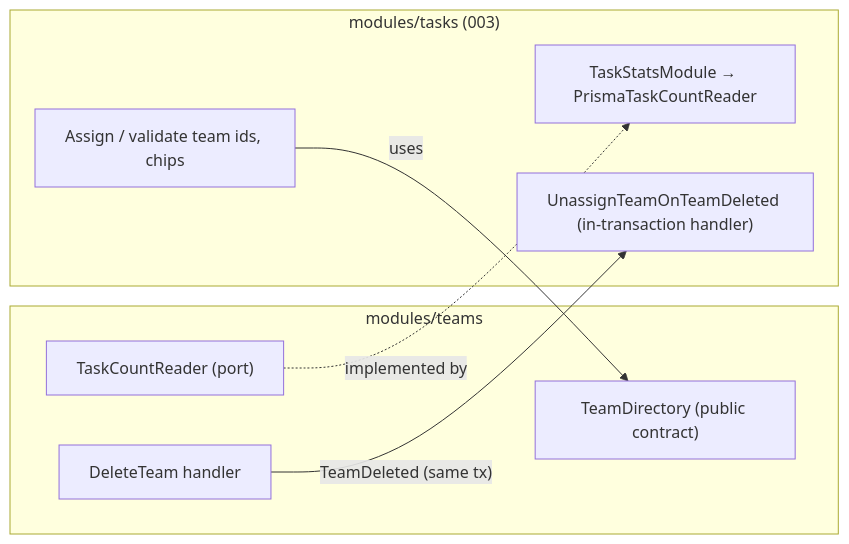
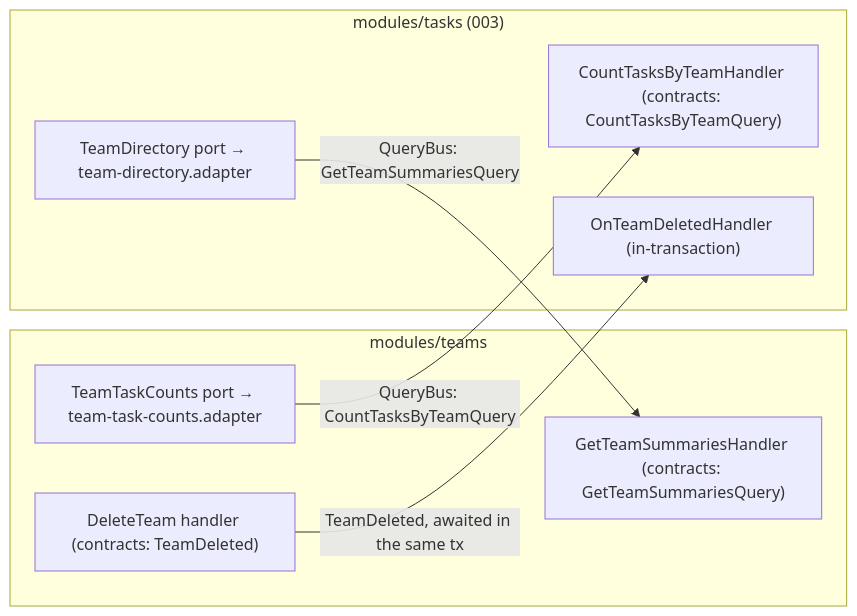
The first of 2 diagrams in docs/specs/002-teams/plan.md (rodriguesdenis/hitss), drawn with Mermaid before and after one commit. The commit also changed other lines of this file and 3 other files, not shown here.

First line of the commit message:
docs: refine architecture after cross-review

````diff
--- a/docs/specs/002-teams/plan.md
+++ b/docs/specs/002-teams/plan.md
@@ -115,16 +129,16 @@
 ```mermaid
 flowchart LR
   subgraph Teams["modules/teams"]
-    TD["TeamDirectory (public contract)"]
-    TCR["TaskCountReader (port)"]
-    DEL["DeleteTeam handler"]
+    GTS["GetTeamSummariesHandler (contracts: GetTeamSummariesQuery)"]
+    TTC["TeamTaskCounts port → team-task-counts.adapter"]
+    DEL["DeleteTeam handler (contracts: TeamDeleted)"]
   end
   subgraph Tasks["modules/tasks (003)"]
-    UseTD["Assign / validate team ids, chips"]
-    Stats["TaskStatsModule → PrismaTaskCountReader"]
-    Unassign["UnassignTeamOnTeamDeleted (in-transaction handler)"]
+    TD["TeamDirectory port → team-directory.adapter"]
+    CNT["CountTasksByTeamHandler (contracts: CountTasksByTeamQuery)"]
+    OTD["OnTeamDeletedHandler (in-transaction)"]
   end
-  UseTD -- uses --> TD
-  TCR -. "implemented by" .-> Stats
-  DEL -- "TeamDeleted (same tx)" --> Unassign
+  TD -- "QueryBus: GetTeamSummariesQuery" --> GTS
+  TTC -- "QueryBus: CountTasksByTeamQuery" --> CNT
+  DEL -- "TeamDeleted, awaited in the same tx" --> OTD
 ```
````
